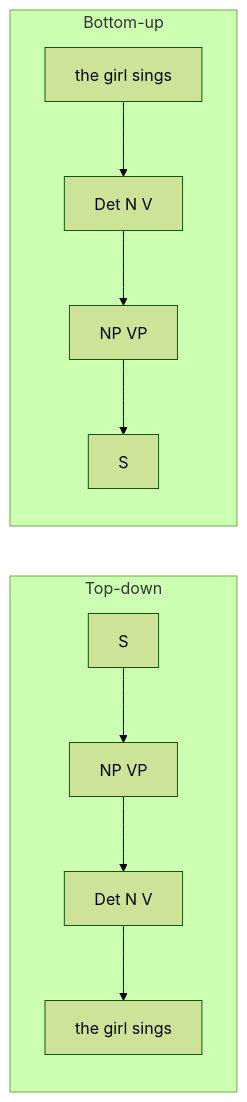
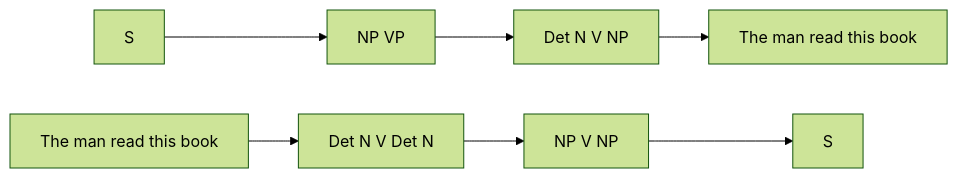
Before and after one commit to TrendySloth1001/sem-seven-notes: the first of 5 diagrams in content/natural-language-processing/notes/cfg-parsing.mdx, drawn with Mermaid (forest theme). The commit also changed other lines of this file and 406 other files, not shown here.

````diff
--- a/content/natural-language-processing/notes/cfg-parsing.mdx
+++ b/content/natural-language-processing/notes/cfg-parsing.mdx
@@ -184,12 +49,6 @@
 ```mermaid
-%% caption: The two search directions on the same tree. Top-down goes from S down to the words, predicting. Bottom-up goes from the words up to S, combining.
+%% caption: The two directions. The top row expands S down to the words; the bottom row reduces the words up to S.
 flowchart LR
-  subgraph TD1["Top-down"]
-    direction TB
-    A1["S"] --> A2["NP VP"] --> A3["Det N V"] --> A4["the girl sings"]
-  end
-  subgraph BU1["Bottom-up"]
-    direction TB
-    B4["the girl sings"] --> B3["Det N V"] --> B2["NP VP"] --> B1["S"]
-  end
+  A1["S"] --> A2["NP VP"] --> A3["Det N V NP"] --> A4["The man read this book"]
+  B1["The man read this book"] --> B2["Det N V Det N"] --> B3["NP V NP"] --> B4["S"]
 ```
````
